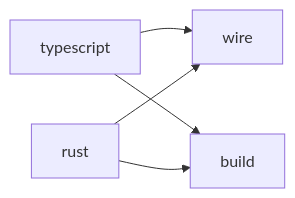
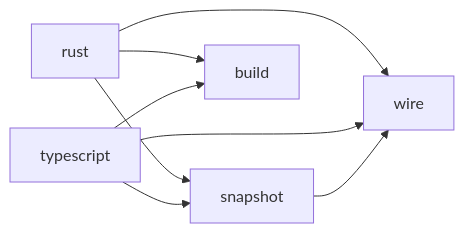
Before and after one commit to rapiddweller/archkeel: the diagram in docs/architecture/native.md, drawn with Mermaid. The commit also changed other lines of this file and 6 other files, not shown here.

````diff
--- a/docs/architecture/native.md
+++ b/docs/architecture/native.md
@@ -20,7 +23,10 @@
 ```mermaid
 flowchart LR
+    snapshot --> wire
     typescript --> wire
+    typescript --> snapshot
     typescript --> build
     rust --> wire
+    rust --> snapshot
     rust --> build
 ```
````
